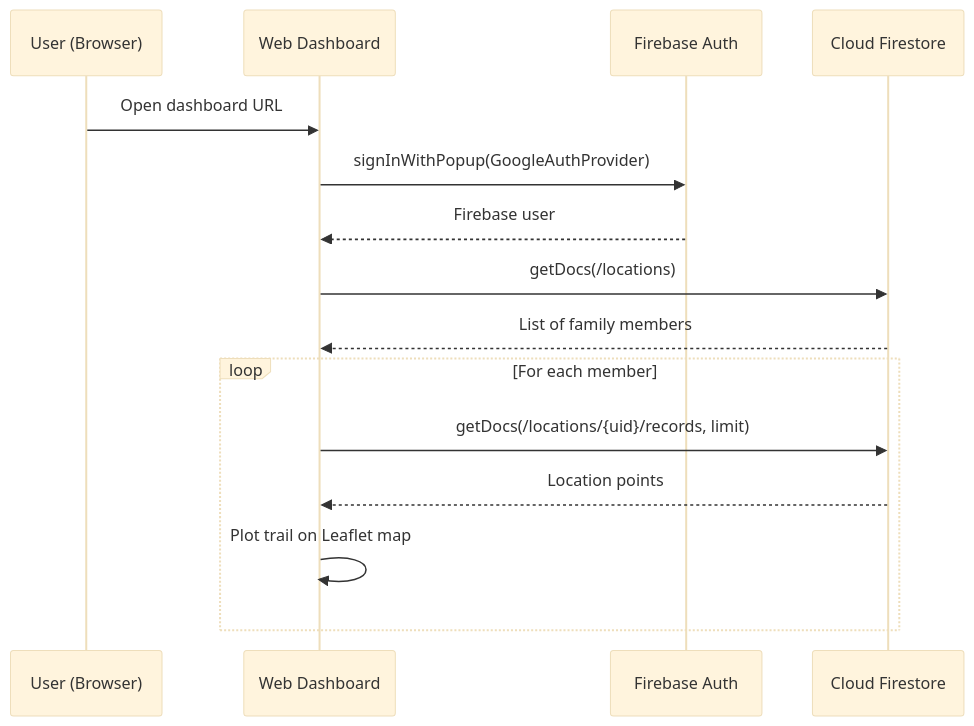
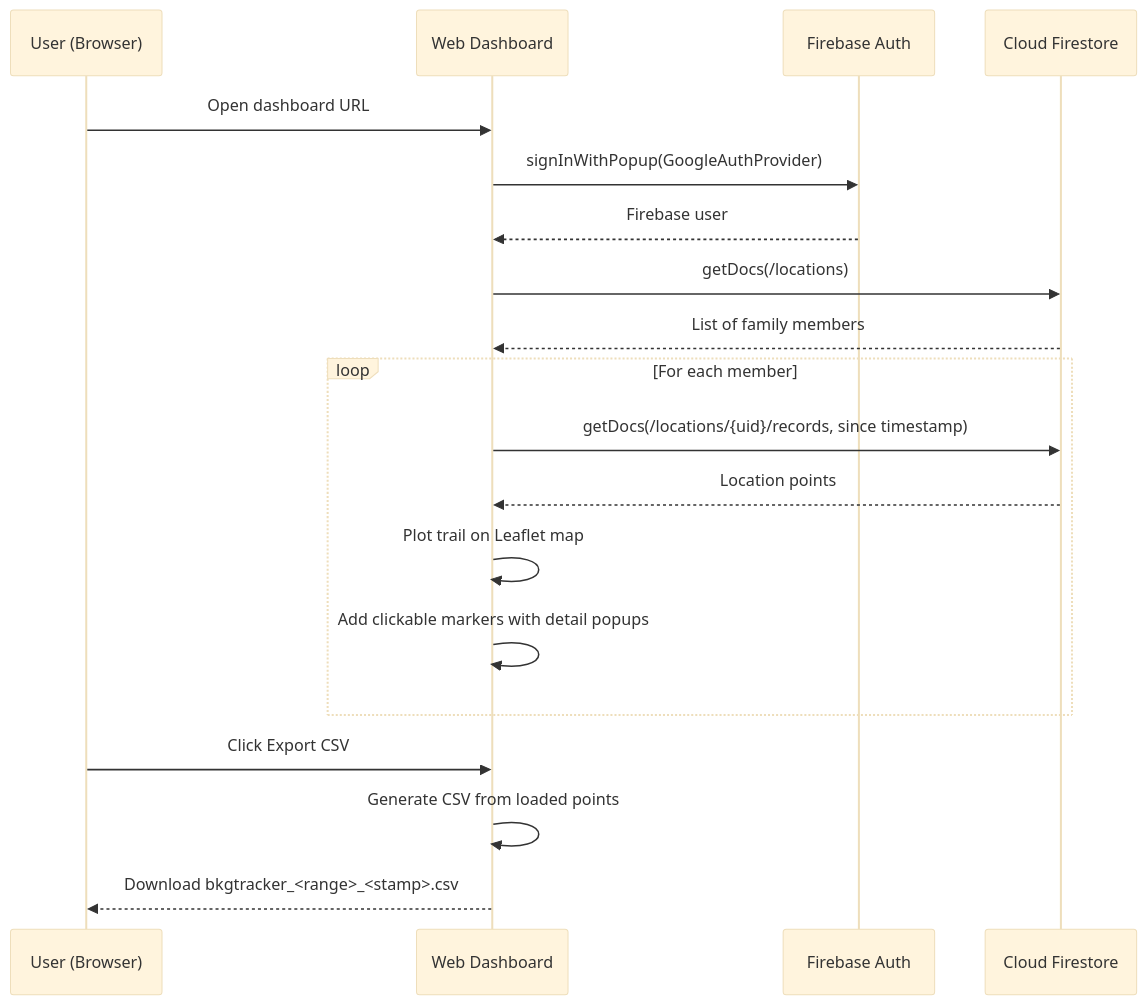
One commit to shajoshi/Apps changed the ninth of 11 diagrams in BkgTracker/docs/ARCHITECTURE.md. Above: the diagram before and after it, drawn with Mermaid (base theme). The commit also changed other lines of this file and 5 other files, not shown here.

````diff
--- a/BkgTracker/docs/ARCHITECTURE.md
+++ b/BkgTracker/docs/ARCHITECTURE.md
@@ -296,18 +297,22 @@
 ```mermaid
 sequenceDiagram
     participant User as User (Browser)
     participant WD as Web Dashboard
     participant Auth as Firebase Auth
     participant FS as Cloud Firestore
 
     User->>WD: Open dashboard URL
     WD->>Auth: signInWithPopup(GoogleAuthProvider)
     Auth-->>WD: Firebase user
     WD->>FS: getDocs(/locations)
     FS-->>WD: List of family members
     loop For each member
-        WD->>FS: getDocs(/locations/{uid}/records, limit)
+        WD->>FS: getDocs(/locations/{uid}/records, since timestamp)
         FS-->>WD: Location points
         WD->>WD: Plot trail on Leaflet map
+        WD->>WD: Add clickable markers with detail popups
     end
+    User->>WD: Click Export CSV
+    WD->>WD: Generate CSV from loaded points
+    WD-->>User: Download bkgtracker_<range>_<stamp>.csv
 ```
````
